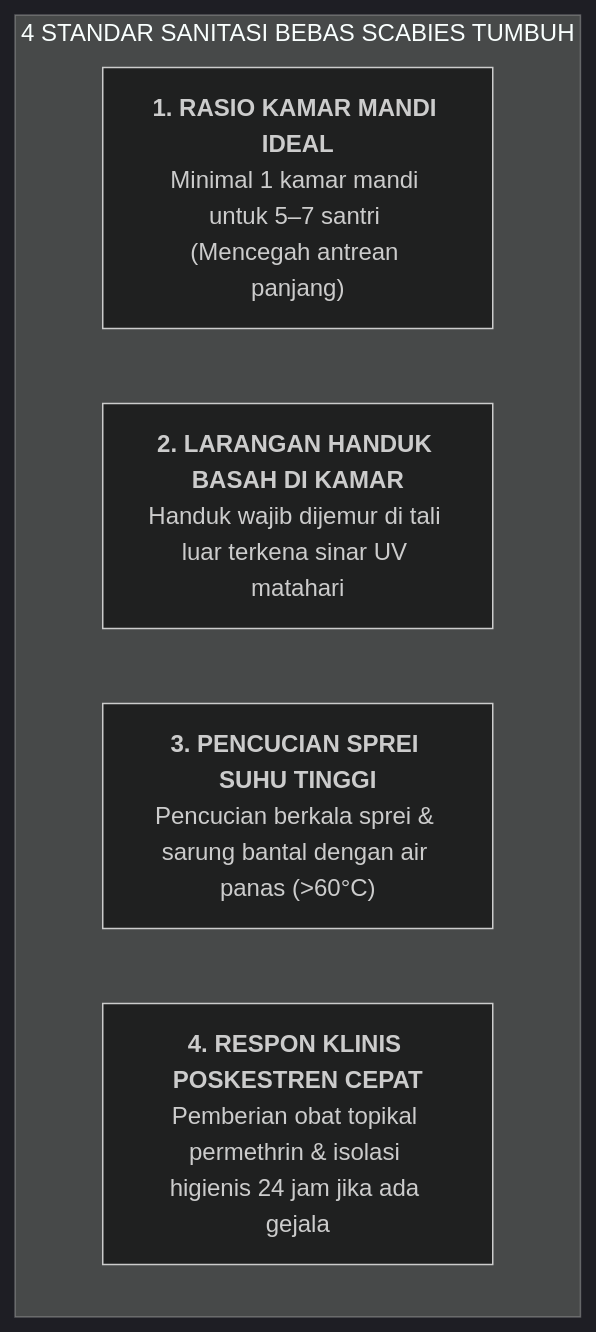
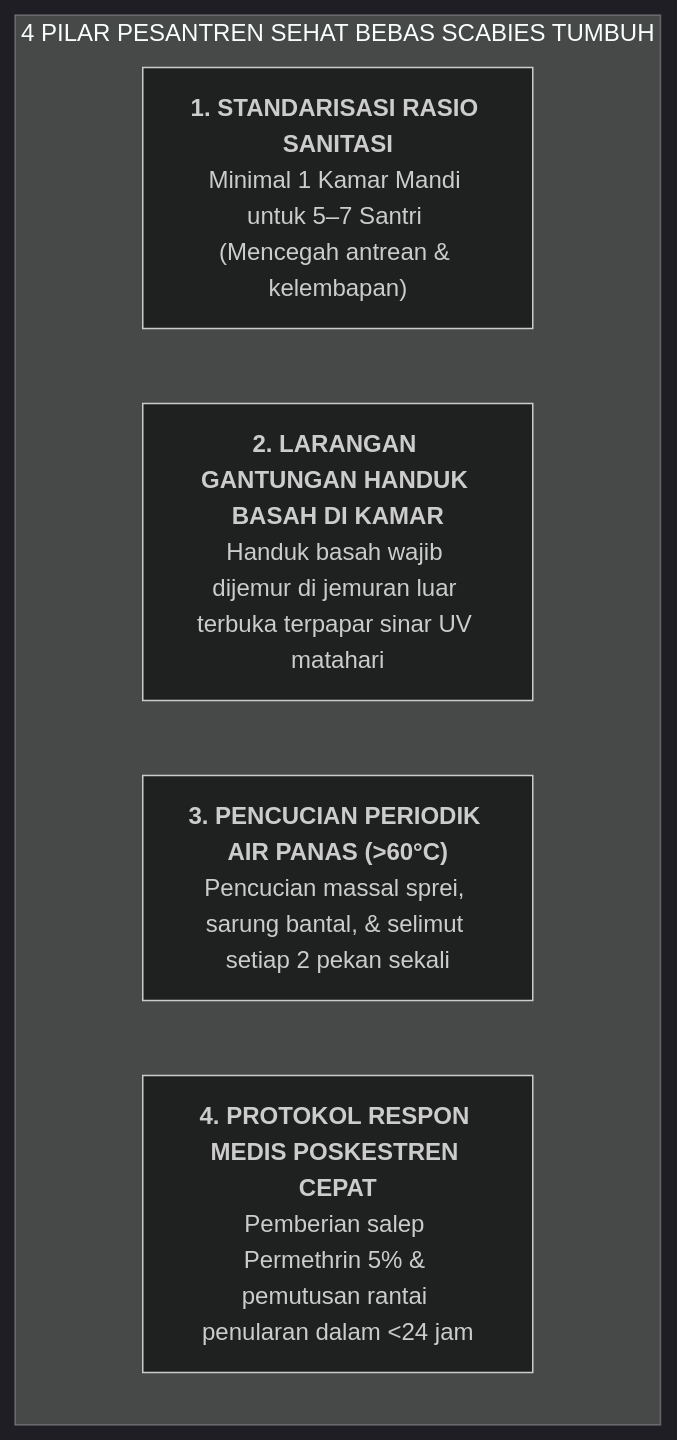
One commit to wandiapriliyandi/tumbuh changed the diagram in BOOK Series 2/Volume-05-Manual-Operasional-SOP-24Jam-dan-Tata-Kelola/Bab-03-Standar-Baku-Kamar-5S/03-Protokol-Sanitasi-dan-Bebas-Scabies.md. Above: the diagram before and after it, drawn with Mermaid (dark theme). The commit also changed other lines of this file and 61 other files, not shown here.

````diff
--- a/BOOK Series 2/Volume-05-Manual-Operasional-SOP-24Jam-dan-Tata-Kelola/Bab-03-Standar-Baku-Kamar-5S/03-Protokol-Sanitasi-dan-Bebas-Scabies.md
+++ b/BOOK Series 2/Volume-05-Manual-Operasional-SOP-24Jam-dan-Tata-Kelola/Bab-03-Standar-Baku-Kamar-5S/03-Protokol-Sanitasi-dan-Bebas-Scabies.md
@@ -13,9 +18,9 @@
 ```mermaid
 flowchart TD
-    subgraph SanitasiSehat["4 STANDAR SANITASI BEBAS SCABIES TUMBUH"]
-        S1["<b>1. RASIO KAMAR MANDI IDEAL</b><br/>Minimal 1 kamar mandi untuk 5–7 santri (Mencegah antrean panjang)"]
-        S2["<b>2. LARANGAN HANDUK BASAH DI KAMAR</b><br/>Handuk wajib dijemur di tali luar terkena sinar UV matahari"]
-        S3["<b>3. PENCUCIAN SPREI SUHU TINGGI</b><br/>Pencucian berkala sprei & sarung bantal dengan air panas (>60°C)"]
-        S4["<b>4. RESPON KLINIS POSKESTREN CEPAT</b><br/>Pemberian obat topikal permethrin & isolasi higienis 24 jam jika ada gejala"]
+    subgraph PilarZeroScabies["4 PILAR PESANTREN SEHAT BEBAS SCABIES TUMBUH"]
+        P1["<b>1. STANDARISASI RASIO SANITASI</b><br/>Minimal 1 Kamar Mandi untuk 5–7 Santri (Mencegah antrean & kelembapan)"]
+        P2["<b>2. LARANGAN GANTUNGAN HANDUK BASAH DI KAMAR</b><br/>Handuk basah wajib dijemur di jemuran luar terbuka terpapar sinar UV matahari"]
+        P3["<b>3. PENCUCIAN PERIODIK AIR PANAS (>60°C)</b><br/>Pencucian massal sprei, sarung bantal, & selimut setiap 2 pekan sekali"]
+        P4["<b>4. PROTOKOL RESPON MEDIS POSKESTREN CEPAT</b><br/>Pemberian salep Permethrin 5% & pemutusan rantai penularan dalam <24 jam"]
     end
 ```
````
